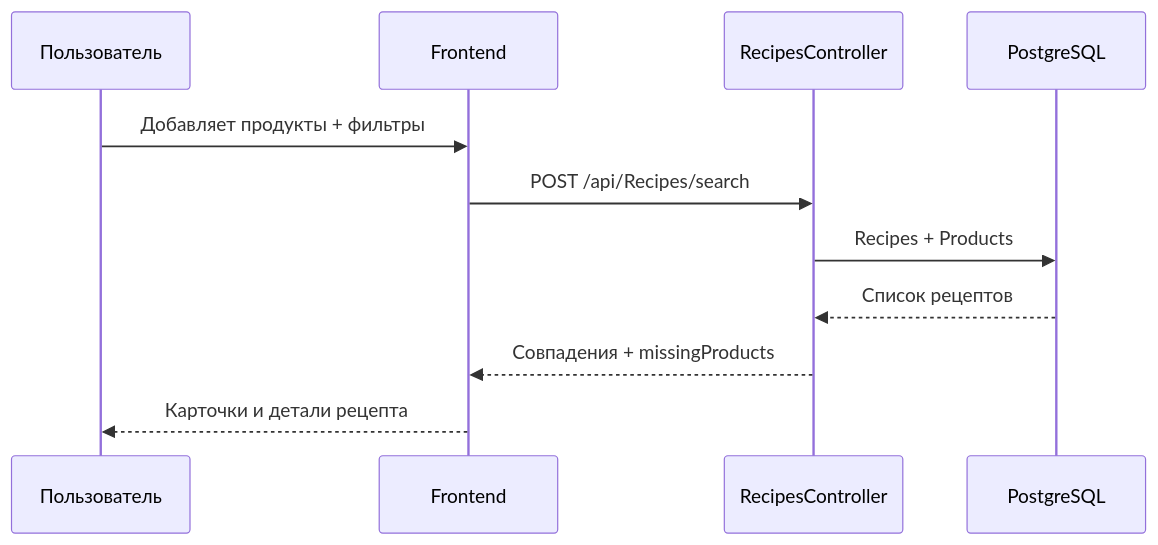
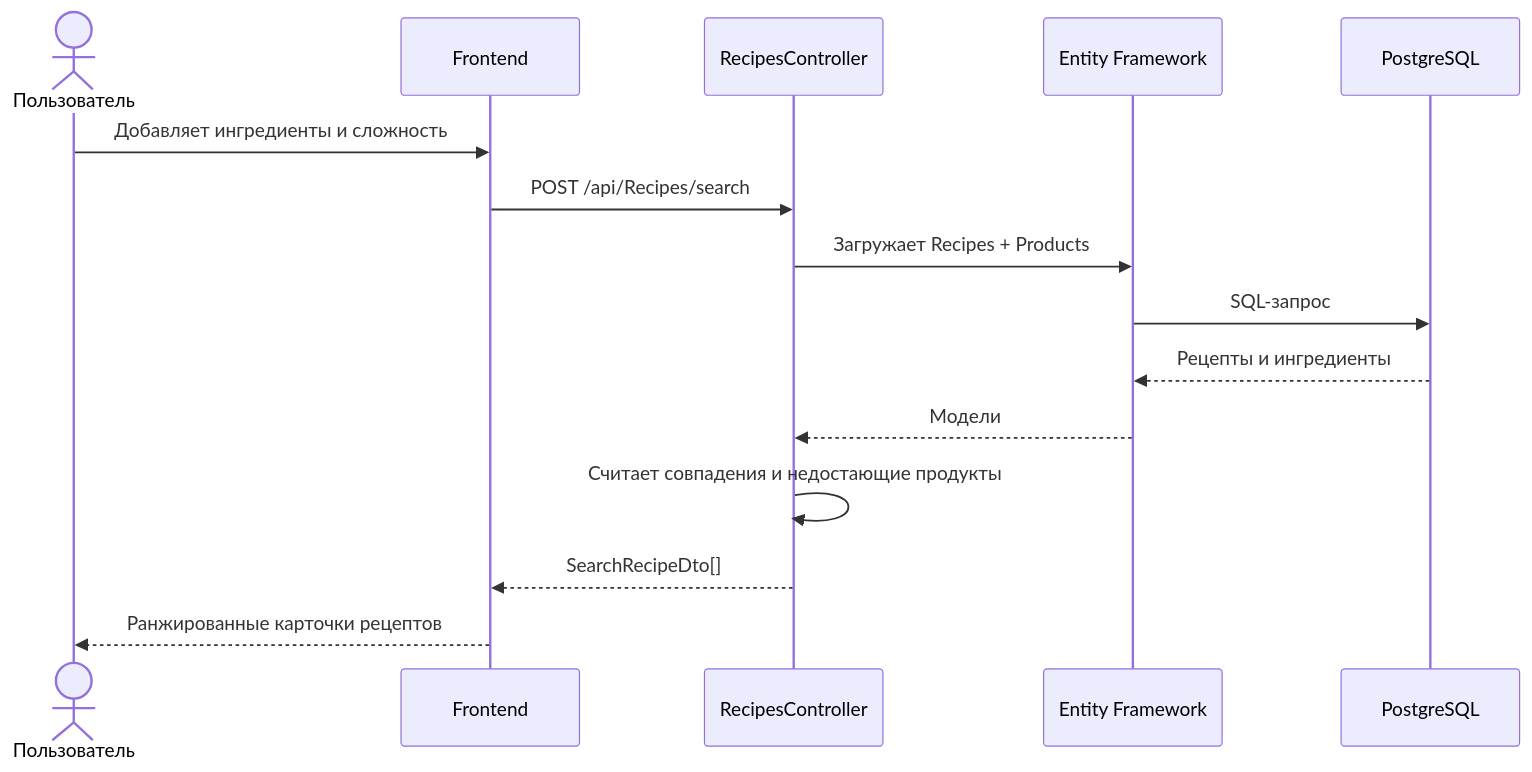
One commit to Hopih/RecipeFinder changed the second of 4 diagrams in README.md. Above: the diagram before and after it, drawn with Mermaid. The commit also changed other lines of this file, not shown here.

````diff
--- a/README.md
+++ b/README.md
@@ -51,14 +75,18 @@
 ```mermaid
 sequenceDiagram
-  participant U as Пользователь
-  participant F as Frontend
-  participant C as RecipesController
-  participant DB as PostgreSQL
+    actor User as Пользователь
+    participant UI as Frontend
+    participant API as RecipesController
+    participant EF as Entity Framework
+    participant DB as PostgreSQL
 
-  U->>F: Добавляет продукты + фильтры
-  F->>C: POST /api/Recipes/search
-  C->>DB: Recipes + Products
-  DB-->>C: Список рецептов
-  C-->>F: Совпадения + missingProducts
-  F-->>U: Карточки и детали рецепта
+    User->>UI: Добавляет ингредиенты и сложность
+    UI->>API: POST /api/Recipes/search
+    API->>EF: Загружает Recipes + Products
+    EF->>DB: SQL-запрос
+    DB-->>EF: Рецепты и ингредиенты
+    EF-->>API: Модели
+    API->>API: Считает совпадения и недостающие продукты
+    API-->>UI: SearchRecipeDto[]
+    UI-->>User: Ранжированные карточки рецептов
 ```
````
